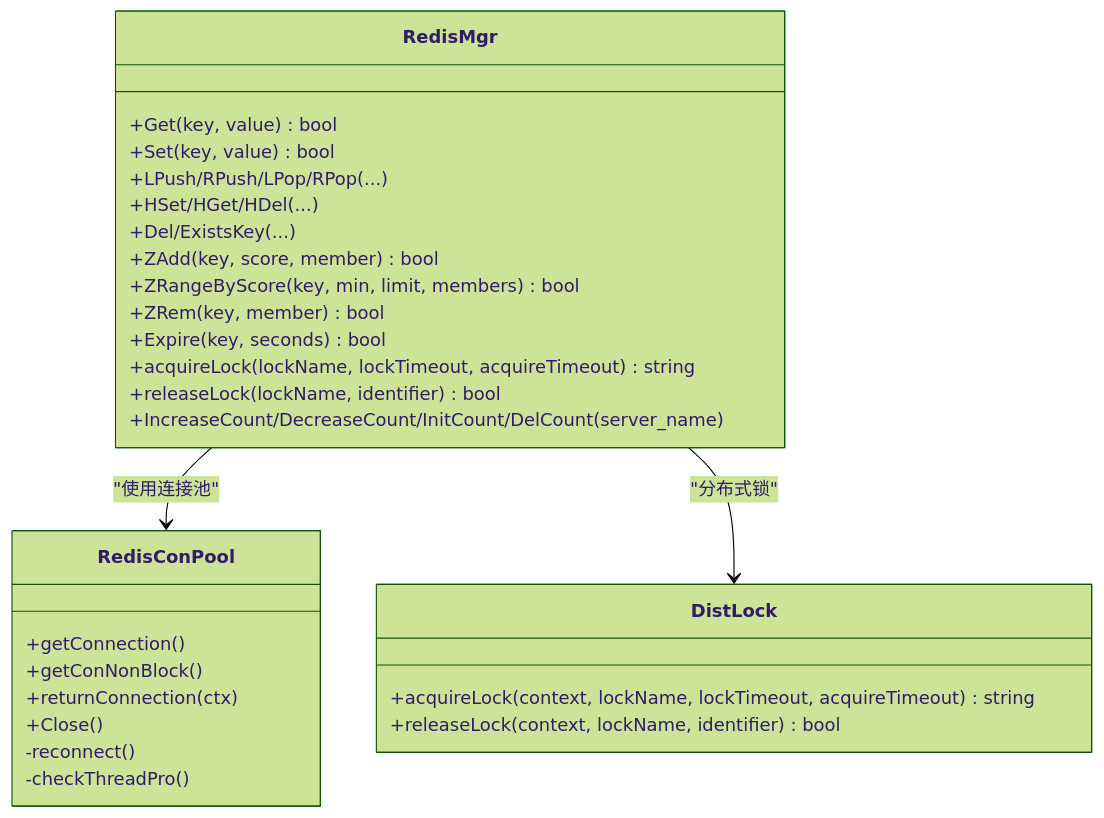
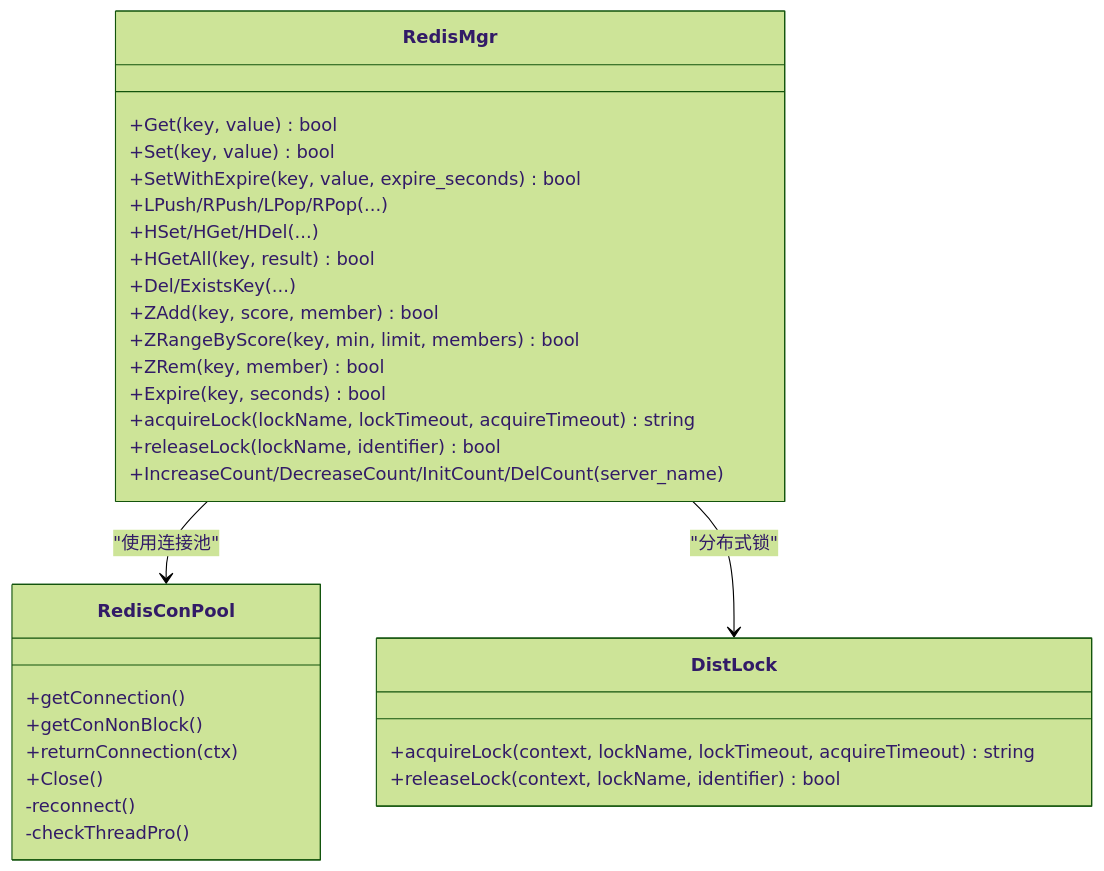
Before and after one commit to echo9923/mychatter: the second of 8 diagrams in .qoder/repowiki/zh/content/缓存和存储/Redis缓存策略.md, drawn with Mermaid (forest theme). The commit also changed other lines of this file and 107 other files, not shown here.

````diff
--- a/.qoder/repowiki/zh/content/缓存和存储/Redis缓存策略.md
+++ b/.qoder/repowiki/zh/content/缓存和存储/Redis缓存策略.md
@@ -101,31 +103,33 @@
 ```mermaid
 classDiagram
 class RedisConPool {
 +getConnection()
 +getConNonBlock()
 +returnConnection(ctx)
 +Close()
 -reconnect()
 -checkThreadPro()
 }
 class RedisMgr {
 +Get(key, value) bool
 +Set(key, value) bool
++SetWithExpire(key, value, expire_seconds) bool
 +LPush/RPush/LPop/RPop(...)
 +HSet/HGet/HDel(...)
++HGetAll(key, result) bool
 +Del/ExistsKey(...)
 +ZAdd(key, score, member) bool
 +ZRangeByScore(key, min, limit, members) bool
 +ZRem(key, member) bool
 +Expire(key, seconds) bool
 +acquireLock(lockName, lockTimeout, acquireTimeout) string
 +releaseLock(lockName, identifier) bool
 +IncreaseCount/DecreaseCount/InitCount/DelCount(server_name)
 }
 class DistLock {
 +acquireLock(context, lockName, lockTimeout, acquireTimeout) string
 +releaseLock(context, lockName, identifier) bool
 }
 RedisMgr --> RedisConPool : "使用连接池"
 RedisMgr --> DistLock : "分布式锁"
 ```
````
